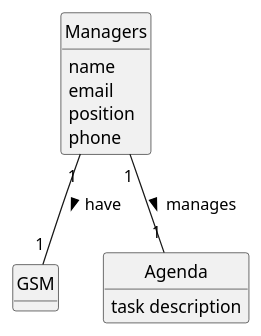
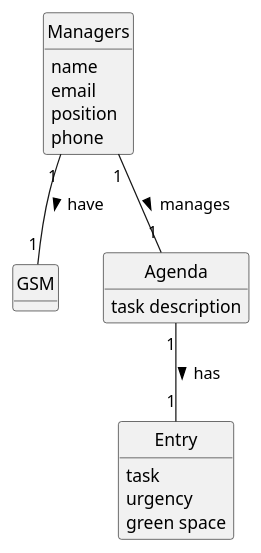
One commit to Departamento-de-Engenharia-Informatica/lei-24-s2-1df-1de-g063 changed the diagram in docs/SprintC/us022/02.analysis/puml/us022-domain-model.puml. Above: the diagram before and after it, drawn with PlantUML. The commit also changed 9 other files, not shown here.

```diff
--- a/docs/SprintC/us022/02.analysis/puml/us022-domain-model.puml
+++ b/docs/SprintC/us022/02.analysis/puml/us022-domain-model.puml
@@ -1,30 +1,37 @@
 @startuml
 skinparam monochrome true
 skinparam packageStyle rectangle
 skinparam shadowing false
 skinparam monochrome true
 skinparam packageStyle rectangle
 skinparam shadowing false
 'skinparam linetype ortho
 'left to right direction
 skinparam classAttributeIconSize 0
 hide circle
 hide methods
 
+class Entry {
+    task
+    urgency
+    green space
+}
 class GSM {
 }
 
 class Agenda{
     task description
 }
 
 class Managers {
     name
     email
     position
     phone
 }
 
 Managers "1" -- "1" GSM : have >
 Managers "1" -- "1" Agenda: manages >
+Agenda "1" -- "1" Entry : has >
+
 @enduml
```
